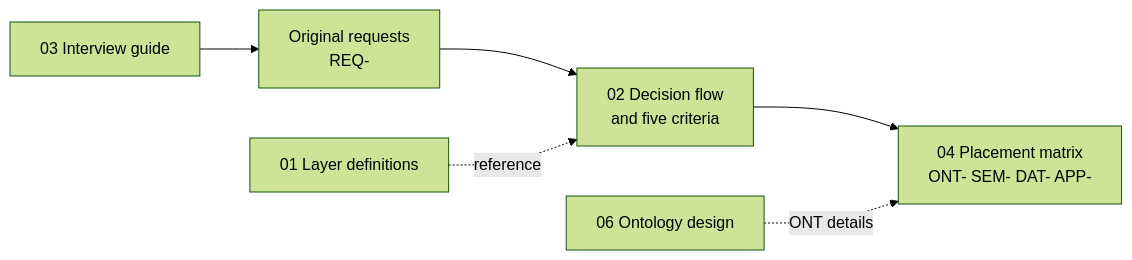
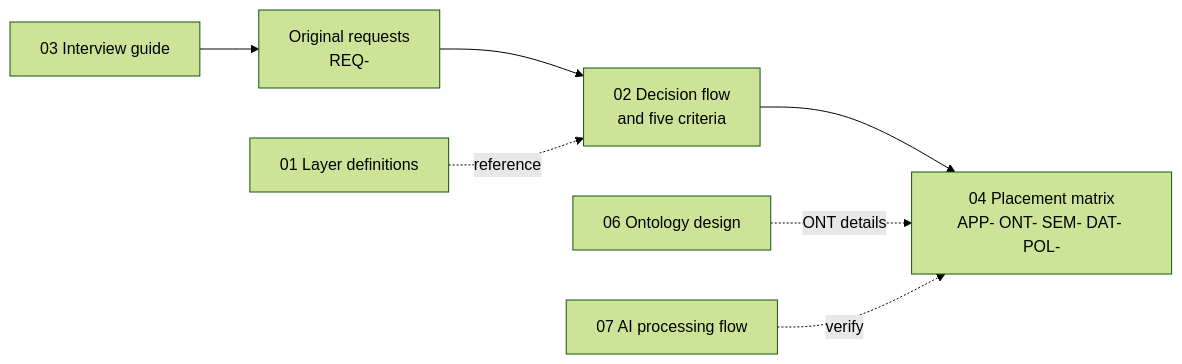
Before and after one commit to keito118/ai-ready-requirements: the second of 2 diagrams in README.md, drawn with Mermaid (forest theme). The commit also changed other lines of this file and 16 other files, not shown here.

````diff
--- a/README.md
+++ b/README.md
@@ -13,8 +55,9 @@
 ```mermaid
 flowchart LR
   I[03 Interview guide] --> R[Original requests<br/>REQ-]
   R --> F[02 Decision flow<br/>and five criteria]
-  F --> M[04 Placement matrix<br/>ONT- SEM- DAT- APP-]
+  F --> M[04 Placement matrix<br/>APP- ONT- SEM- DAT- POL-]
   L[01 Layer definitions] -. reference .-> F
   OD[06 Ontology design] -. ONT details .-> M
+  AF[07 AI processing flow] -. verify .-> M
 ```
````
